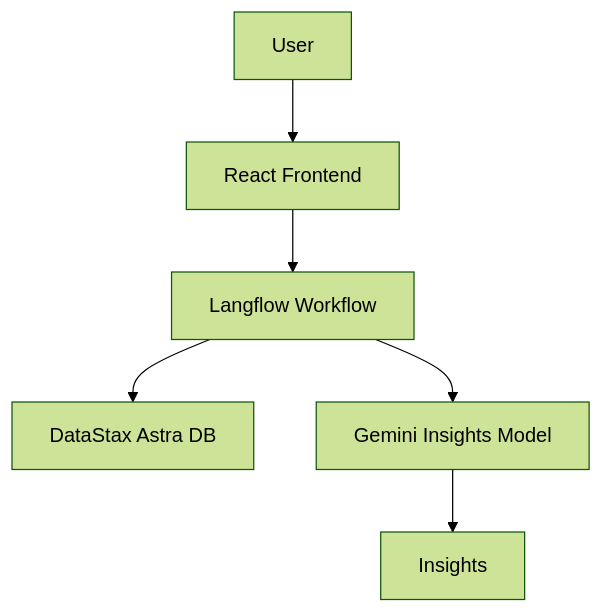
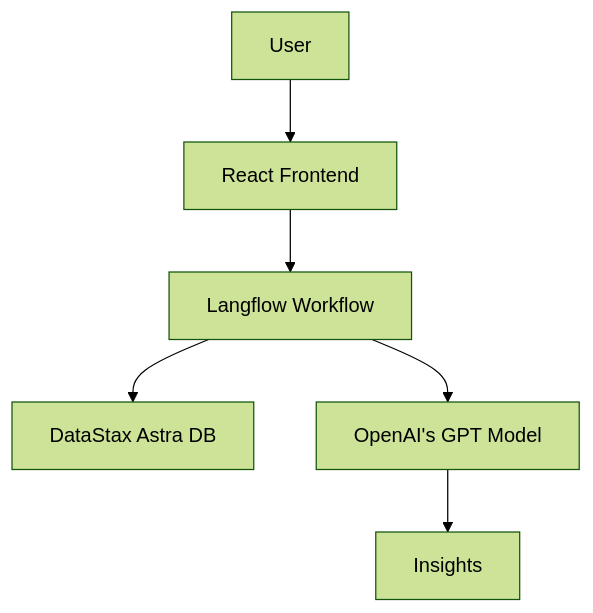
Before and after one commit to Mayuresh-22/Engagefy: the diagram in README.md, drawn with Mermaid (forest theme). The commit also changed other lines of this file, not shown here.

````diff
--- a/README.md
+++ b/README.md
@@ -73,8 +75,8 @@
 ```mermaid
 graph TD;
     A[User] --> B[React Frontend];
     B --> C[Langflow Workflow];
     C --> D[DataStax Astra DB];
-    C --> E[Gemini Insights Model];
+    C --> E[OpenAI's GPT Model];
     E --> F[Insights]
 ```
````
